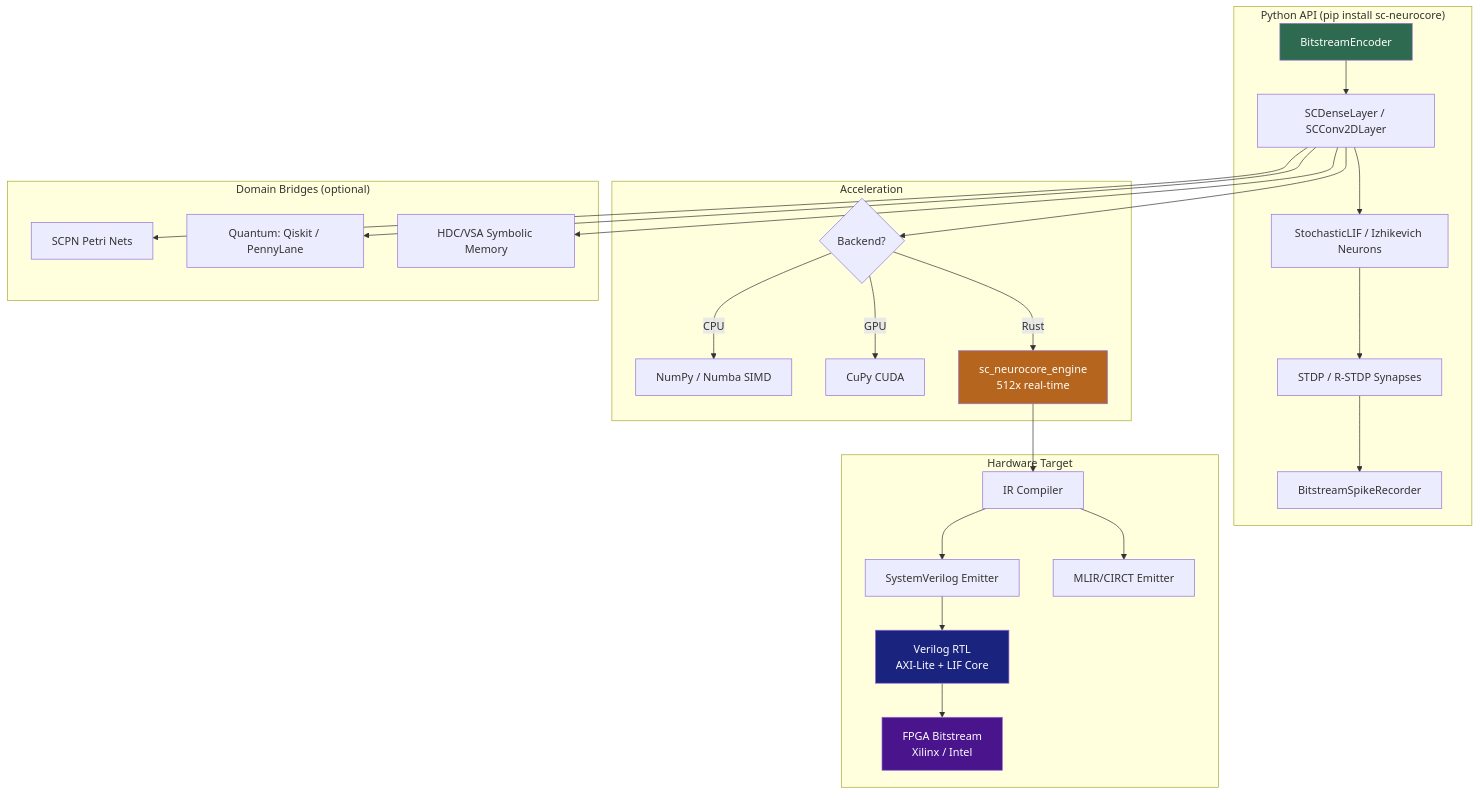
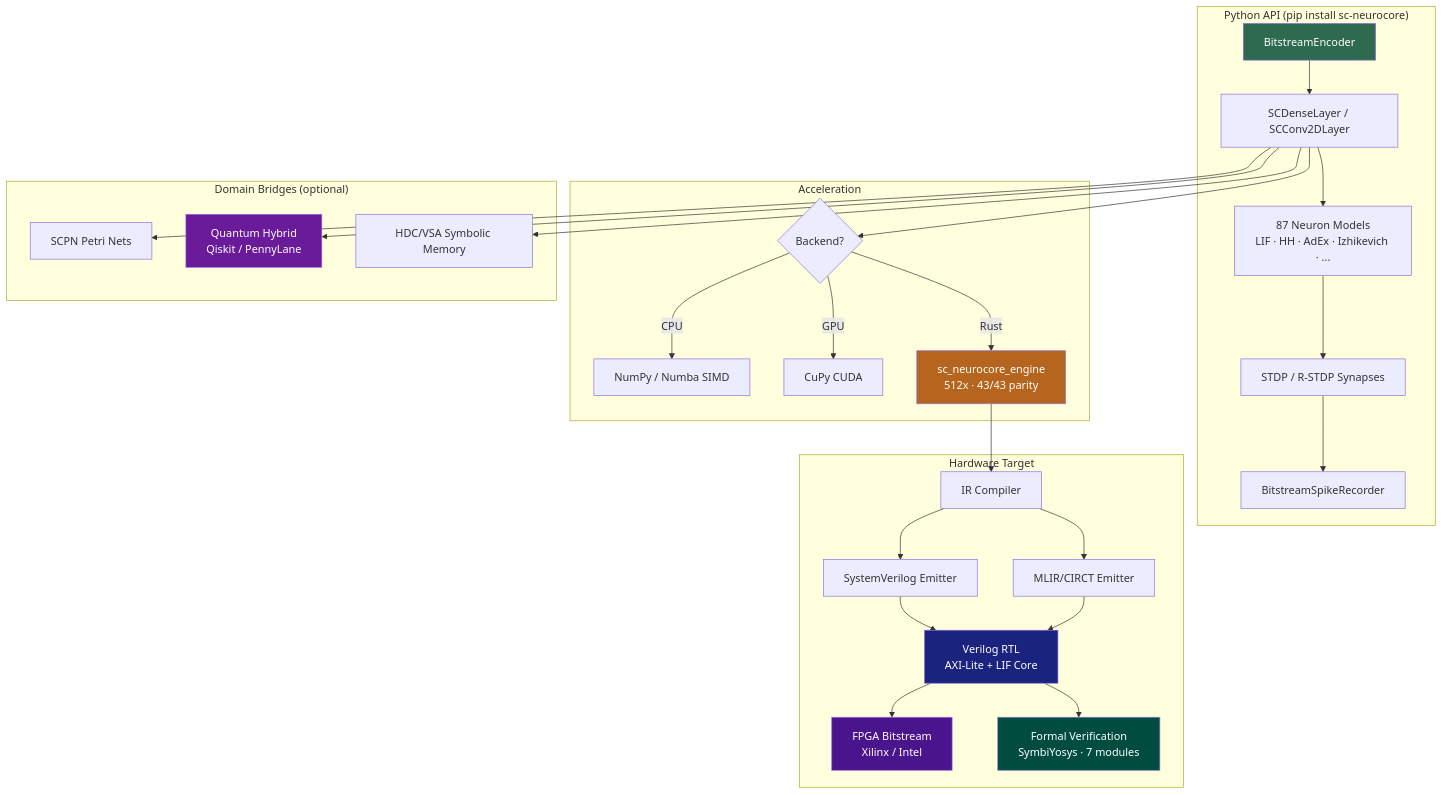
Before and after one commit to anulum/sc-neurocore: the diagram in README.md, drawn with Mermaid. The commit also changed other lines of this file and 19 other files, not shown here.

First line of the commit message:
release: v3.12.0 — 87 neuron models, 99.49% MNIST, world-class docs

````diff
--- a/README.md
+++ b/README.md
@@ -125,35 +145,39 @@
 ```mermaid
 graph TD
     subgraph "Python API (pip install sc-neurocore)"
         A[BitstreamEncoder] --> B[SCDenseLayer / SCConv2DLayer]
-        B --> C[StochasticLIF / Izhikevich Neurons]
+        B --> C[87 Neuron Models<br/>LIF · HH · AdEx · Izhikevich · ...]
         C --> D[STDP / R-STDP Synapses]
         D --> E[BitstreamSpikeRecorder]
     end
 
     subgraph "Acceleration"
         B --> F{Backend?}
         F -->|CPU| G[NumPy / Numba SIMD]
         F -->|GPU| H[CuPy CUDA]
-        F -->|Rust| I[sc_neurocore_engine<br/>512x real-time]
+        F -->|Rust| I[sc_neurocore_engine<br/>512x · 43/43 parity]
     end
 
     subgraph "Hardware Target"
         I --> J[IR Compiler]
         J --> K[SystemVerilog Emitter]
         J --> K2[MLIR/CIRCT Emitter]
         K --> L[Verilog RTL<br/>AXI-Lite + LIF Core]
+        K2 --> L
         L --> M[FPGA Bitstream<br/>Xilinx / Intel]
+        L --> V[Formal Verification<br/>SymbiYosys · 7 modules]
     end
 
     subgraph "Domain Bridges (optional)"
         B --> N[SCPN Petri Nets]
-        B --> O[Quantum: Qiskit / PennyLane]
+        B --> O[Quantum Hybrid<br/>Qiskit / PennyLane]
         B --> P[HDC/VSA Symbolic Memory]
     end
 
     style A fill:#2d6a4f,color:#fff
     style I fill:#b5651d,color:#fff
     style L fill:#1a237e,color:#fff
     style M fill:#4a148c,color:#fff
+    style O fill:#6a1b9a,color:#fff
+    style V fill:#004d40,color:#fff
 ```
````
